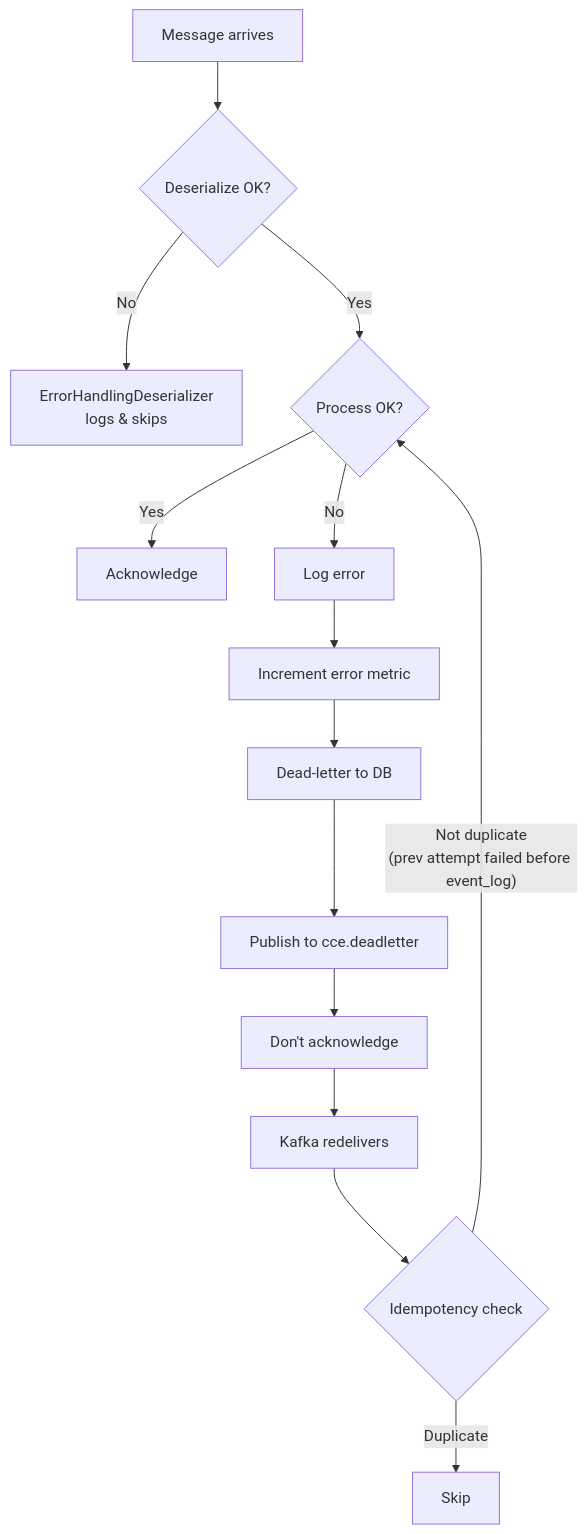
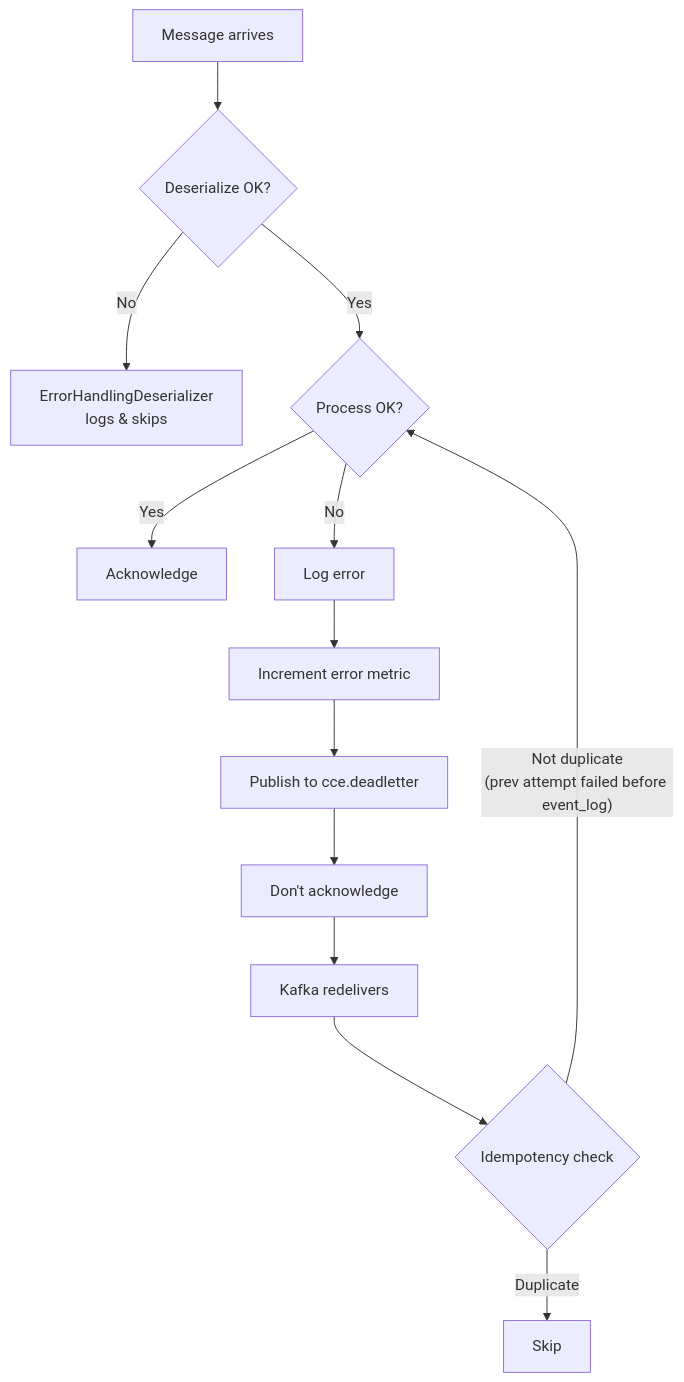
One commit to ishashankakkasali/cce-compliance-service changed the third of 3 diagrams in docs/kafka-events.md. Above: the diagram before and after it, drawn with Mermaid. The commit also changed other lines of this file and 27 other files, not shown here.

Commit message:
"Removal of dead-letter implementation"

````diff
--- a/docs/kafka-events.md
+++ b/docs/kafka-events.md
@@ -406,16 +406,15 @@
 ```mermaid
 flowchart TD
     A["Message arrives"] --> B{"Deserialize OK?"}
     B -->|"No"| C["ErrorHandlingDeserializer<br/>logs & skips"]
     B -->|"Yes"| D{"Process OK?"}
     D -->|"Yes"| E["Acknowledge"]
     D -->|"No"| F["Log error"]
     F --> G["Increment error metric"]
-    G --> H["Dead-letter to DB"]
-    H --> I["Publish to cce.deadletter"]
-    I --> J["Don't acknowledge"]
-    J --> K["Kafka redelivers"]
-    K --> L{"Idempotency check"}
-    L -->|"Duplicate"| M["Skip"]
-    L -->|"Not duplicate<br/>(prev attempt failed before event_log)"| D
+    G --> H["Publish to cce.deadletter"]
+    H --> I["Don't acknowledge"]
+    I --> J["Kafka redelivers"]
+    J --> K{"Idempotency check"}
+    K -->|"Duplicate"| L["Skip"]
+    K -->|"Not duplicate<br/>(prev attempt failed before event_log)"| D
 ```
````
